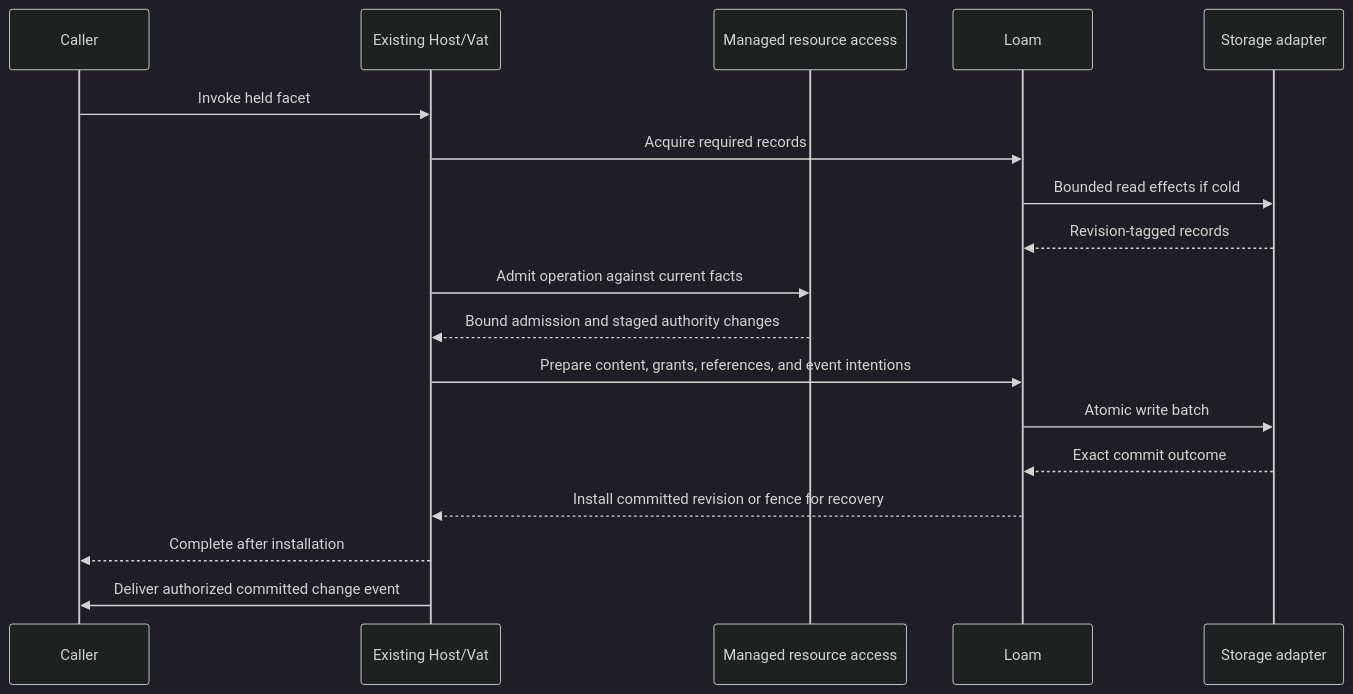
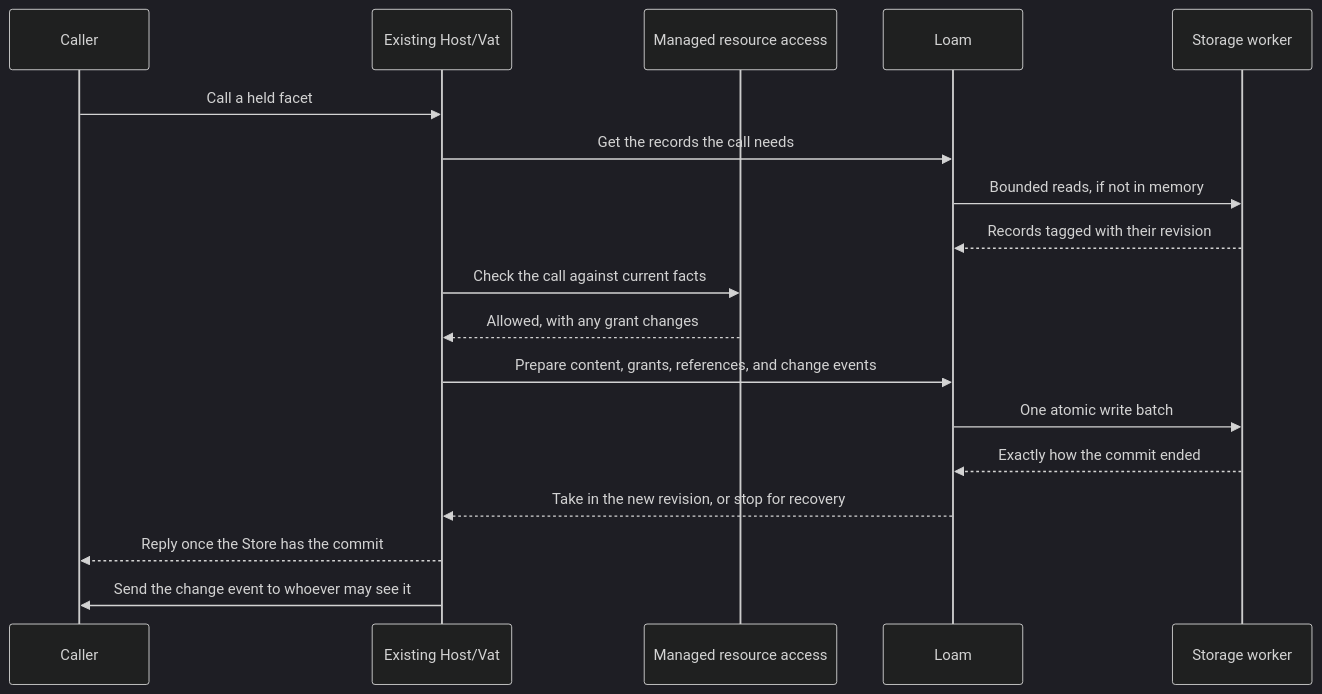
Before and after one commit to glowcap-org/glowcap: the third of 3 diagrams in docs/loam/architecture.md, drawn with Mermaid (dark theme). The commit also changed other lines of this file and 2261 other files, not shown here.

Commit message:
Add SQLite storage and borrowed call-path views

````diff
--- a/docs/loam/architecture.md
+++ b/docs/loam/architecture.md
@@ -169,20 +159,20 @@
 ```mermaid
 sequenceDiagram
     participant Caller
     participant Host as Existing Host/Vat
     participant Access as Managed resource access
     participant Loam
-    participant IO as Storage adapter
-    Caller->>Host: Invoke held facet
-    Host->>Loam: Acquire required records
-    Loam->>IO: Bounded read effects if cold
-    IO-->>Loam: Revision-tagged records
-    Host->>Access: Admit operation against current facts
-    Access-->>Host: Bound admission and staged authority changes
-    Host->>Loam: Prepare content, grants, references, and event intentions
-    Loam->>IO: Atomic write batch
-    IO-->>Loam: Exact commit outcome
-    Loam-->>Host: Install committed revision or fence for recovery
-    Host-->>Caller: Complete after installation
-    Host->>Caller: Deliver authorized committed change event
+    participant IO as Storage worker
+    Caller->>Host: Call a held facet
+    Host->>Loam: Get the records the call needs
+    Loam->>IO: Bounded reads, if not in memory
+    IO-->>Loam: Records tagged with their revision
+    Host->>Access: Check the call against current facts
+    Access-->>Host: Allowed, with any grant changes
+    Host->>Loam: Prepare content, grants, references, and change events
+    Loam->>IO: One atomic write batch
+    IO-->>Loam: Exactly how the commit ended
+    Loam-->>Host: Take in the new revision, or stop for recovery
+    Host-->>Caller: Reply once the Store has the commit
+    Host->>Caller: Send the change event to whoever may see it
 ```
````
